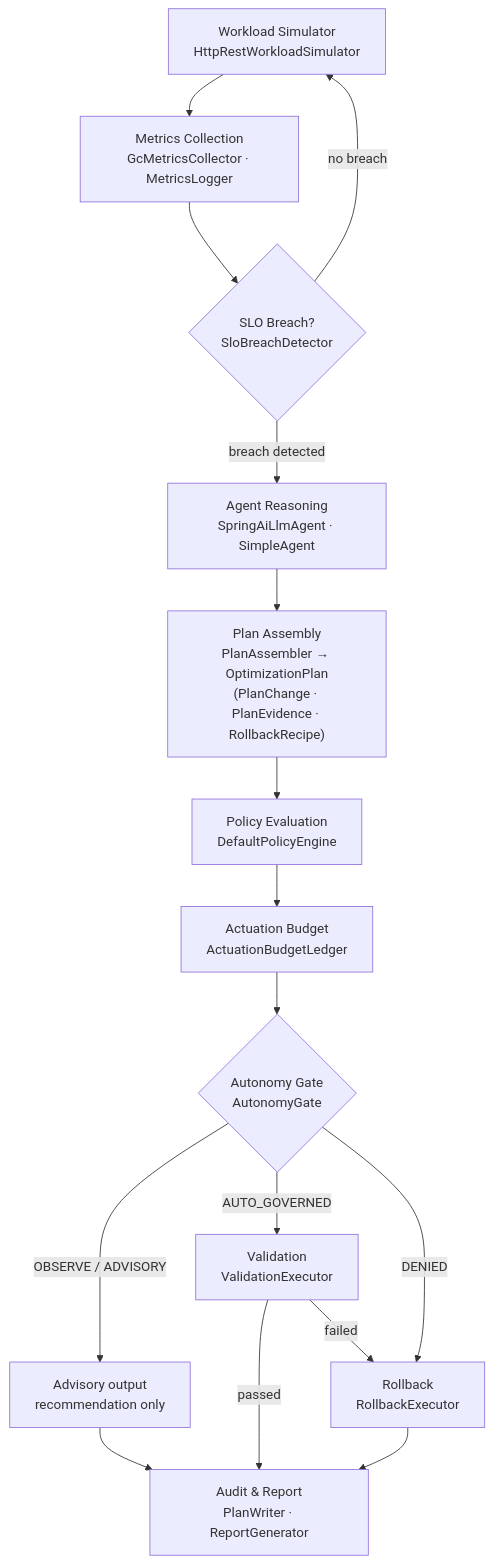
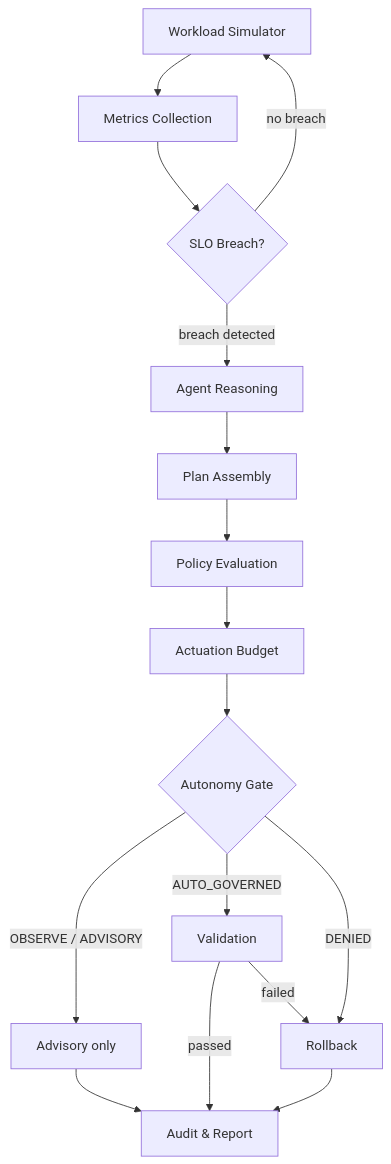
One commit to sibasispadhi/agentic-cloud-optimizer changed the first of 2 diagrams in README.md. Above: the diagram before and after it, drawn with Mermaid. The commit also changed other lines of this file, not shown here.

Commit message:
docs: simplify architecture diagrams — remove class names, clean labels

````diff
--- a/README.md
+++ b/README.md
@@ -62,21 +62,21 @@
 ```mermaid
 flowchart TD
-    WS["Workload Simulator\nHttpRestWorkloadSimulator"] --> MC
-    MC["Metrics Collection\nGcMetricsCollector · MetricsLogger"] --> SLO
-    SLO{"SLO Breach?\nSloBreachDetector"}
-    SLO -->|"no breach"| WS
-    SLO -->|"breach detected"| AR
-    AR["Agent Reasoning\nSpringAiLlmAgent · SimpleAgent"] --> PA
-    PA["Plan Assembly\nPlanAssembler → OptimizationPlan\n(PlanChange · PlanEvidence · RollbackRecipe)"] --> PE
-    PE["Policy Evaluation\nDefaultPolicyEngine"] --> AB
-    AB["Actuation Budget\nActuationBudgetLedger"] --> AG
-    AG{"Autonomy Gate\nAutonomyGate"}
-    AG -->|"OBSERVE / ADVISORY"| ADV["Advisory output\nrecommendation only"]
-    AG -->|"AUTO_GOVERNED"| VE
-    AG -->|"DENIED"| RE
-    VE["Validation\nValidationExecutor"] -->|"passed"| AUD
-    VE -->|"failed"| RE
-    RE["Rollback\nRollbackExecutor"] --> AUD
+    WS[Workload Simulator] --> MC
+    MC[Metrics Collection] --> SLO
+    SLO{SLO Breach?}
+    SLO -->|no breach| WS
+    SLO -->|breach detected| AR
+    AR[Agent Reasoning] --> PA
+    PA[Plan Assembly] --> PE
+    PE[Policy Evaluation] --> AB
+    AB[Actuation Budget] --> AG
+    AG{Autonomy Gate}
+    AG -->|OBSERVE / ADVISORY| ADV[Advisory only]
+    AG -->|AUTO_GOVERNED| VE
+    AG -->|DENIED| RE
+    VE[Validation] -->|passed| AUD
+    VE -->|failed| RE
+    RE[Rollback] --> AUD
     ADV --> AUD
-    AUD["Audit & Report\nPlanWriter · ReportGenerator"]
+    AUD[Audit & Report]
 ```
````
